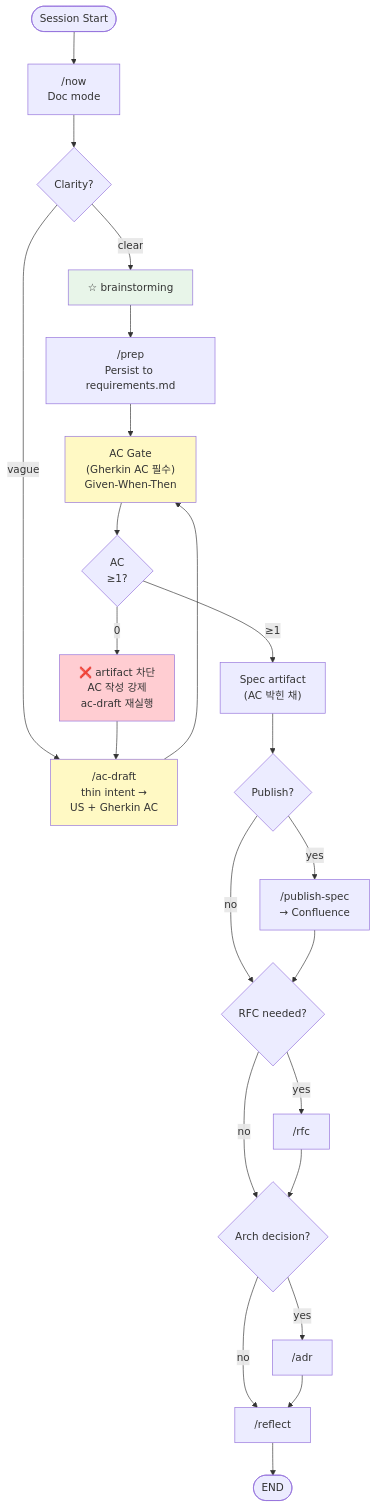
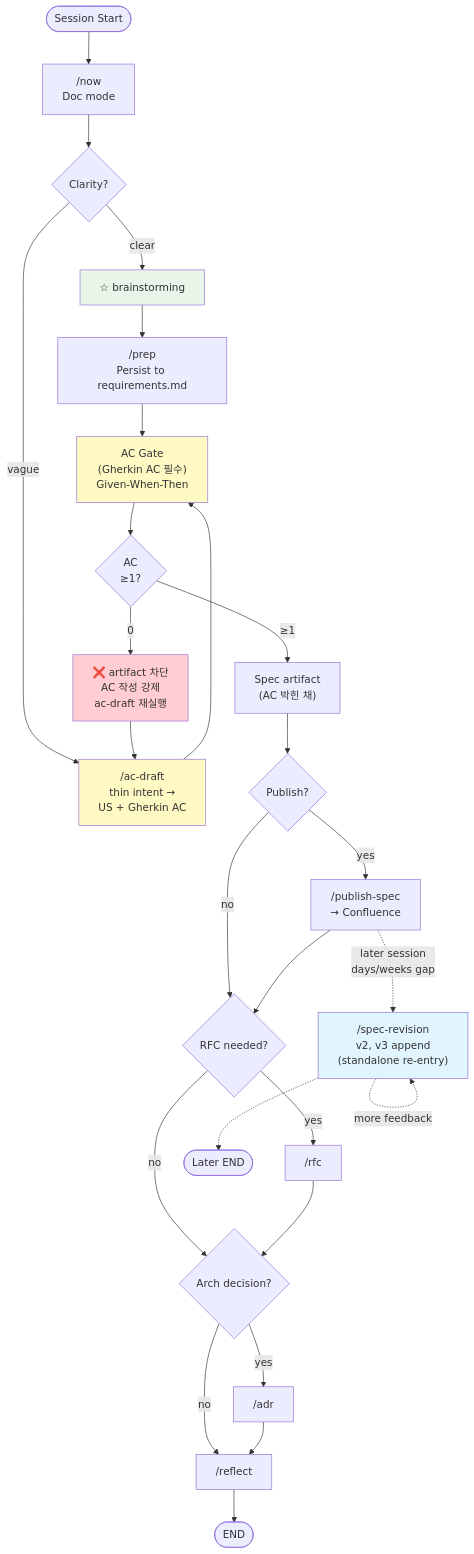
The second of 2 diagrams in README.md (narashin/nara-kit), drawn with Mermaid before and after one commit. The commit also changed other lines of this file, not shown here.

Commit message:
docs(readme): visualize spec-revision standalone re-entry loop in doc-mode diagram

````diff
--- a/README.md
+++ b/README.md
@@ -295,30 +295,35 @@
 ```mermaid
 flowchart TD
     START([Session Start]) --> NOW["/now<br>Doc mode"]
     NOW --> CLARITY{Clarity?}
     CLARITY -->|clear| BRAIN["☆ brainstorming"]
     CLARITY -->|vague| AC_DRAFT["/ac-draft<br>thin intent →<br>US + Gherkin AC"]
     BRAIN --> PREP1["/prep<br>Persist to requirements.md"]
     AC_DRAFT --> AC_GATE["AC Gate<br>(Gherkin AC 필수)<br>Given-When-Then"]
     PREP1 --> AC_GATE
     AC_GATE --> AC_OK{AC<br>≥1?}
     AC_OK -->|"0"| AC_BLOCK["❌ artifact 차단<br>AC 작성 강제<br>ac-draft 재실행"]
     AC_BLOCK --> AC_DRAFT
     AC_OK -->|"≥1"| SPEC["Spec artifact<br>(AC 박힌 채)"]
     SPEC --> PUB{Publish?}
     PUB -->|yes| PUBLISH["/publish-spec<br>→ Confluence"]
     PUB -->|no| RFC_Q{RFC needed?}
     PUBLISH --> RFC_Q
     RFC_Q -->|yes| RFC["/rfc"]
     RFC_Q -->|no| ADR_Q{Arch decision?}
     RFC --> ADR_Q
     ADR_Q -->|yes| ADR["/adr"]
     ADR_Q -->|no| REFLECT["/reflect"]
     ADR --> REFLECT
     REFLECT --> END([END])
 
+    PUBLISH -.->|later session<br>days/weeks gap| REV["/spec-revision<br>v2, v3 append<br>(standalone re-entry)"]
+    REV -.->|more feedback| REV
+    REV -.-> ENDLATER([Later END])
+
     style BRAIN fill:#e8f5e9
     style AC_DRAFT fill:#fff9c4
     style AC_GATE fill:#fff9c4
     style AC_BLOCK fill:#ffcdd2
+    style REV fill:#e1f5fe
 ```
````
